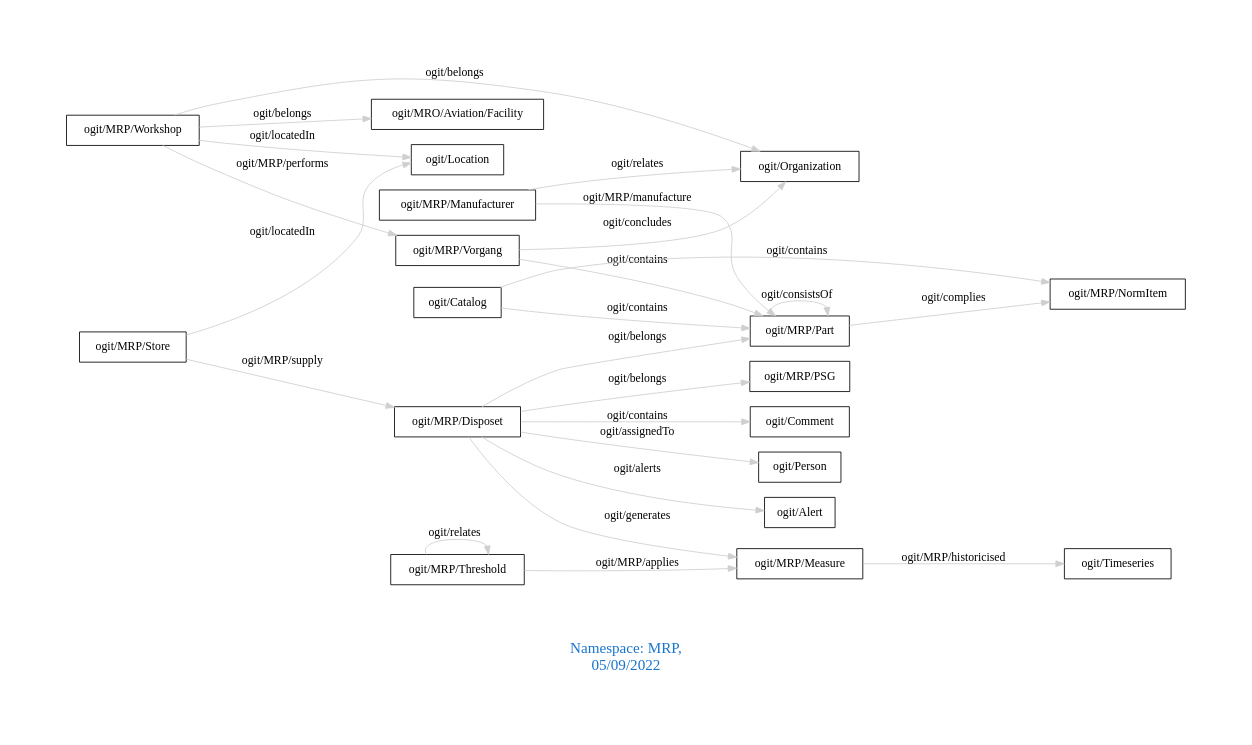
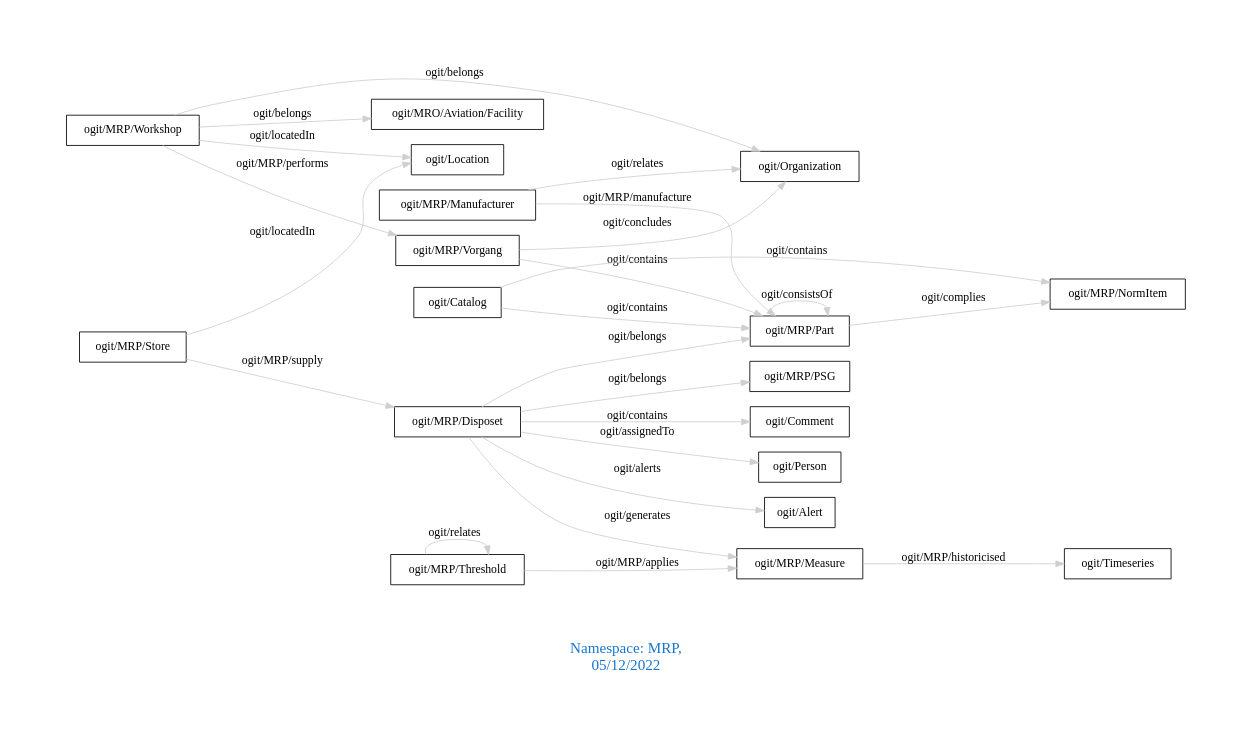
The diagram in downloads/MRP.dot (arago/OGIT), drawn with Graphviz before and after one commit. The commit also changed 1925 other files, not shown here.

```diff
--- a/downloads/MRP.dot
+++ b/downloads/MRP.dot
@@ -1,31 +1,31 @@
 digraph OGIT_ontology {
  graph [ rankdir= LR,pad=1 
 fontsize = 18,
-fontcolor= dodgerblue3,label = "\n\n\nNamespace: MRP, \n 05/09/2022"];
+fontcolor= dodgerblue3,label = "\n\n\nNamespace: MRP, \n 05/12/2022"];
 node[shape=polygon];
 edge [  color="gray81"];
 
    "ogit/MRP/Disposet" -> "ogit/Comment" [label="   ogit/contains    "];
    "ogit/MRP/Vorgang" -> "ogit/MRP/Part" [label="   ogit/contains    "];
    "ogit/Catalog" -> "ogit/MRP/NormItem" [label="   ogit/contains    "];
    "ogit/Catalog" -> "ogit/MRP/Part" [label="   ogit/contains    "];
    "ogit/MRP/Vorgang" -> "ogit/Organization" [label="   ogit/concludes    "];
    "ogit/MRP/Disposet" -> "ogit/Person" [label="   ogit/assignedTo    "];
    "ogit/MRP/Disposet" -> "ogit/MRP/Measure" [label="   ogit/generates    "];
    "ogit/MRP/Threshold" -> "ogit/MRP/Measure" [label="   ogit/MRP/applies    "];
    "ogit/MRP/Part" -> "ogit/MRP/NormItem" [label="   ogit/complies    "];
    "ogit/MRP/Workshop" -> "ogit/MRP/Vorgang" [label="   ogit/MRP/performs    "];
    "ogit/MRP/Disposet" -> "ogit/Alert" [label="   ogit/alerts    "];
    "ogit/MRP/Store" -> "ogit/Location" [label="   ogit/locatedIn    "];
    "ogit/MRP/Workshop" -> "ogit/Location" [label="   ogit/locatedIn    "];
    "ogit/MRP/Measure" -> "ogit/Timeseries" [label="   ogit/MRP/historicised    "];
    "ogit/MRP/Manufacturer" -> "ogit/MRP/Part" [label="   ogit/MRP/manufacture    "];
    "ogit/MRP/Store" -> "ogit/MRP/Disposet" [label="   ogit/MRP/supply    "];
    "ogit/MRP/Disposet" -> "ogit/MRP/Part" [label="   ogit/belongs    "];
    "ogit/MRP/Disposet" -> "ogit/MRP/PSG" [label="   ogit/belongs    "];
    "ogit/MRP/Workshop" -> "ogit/MRO/Aviation/Facility" [label="   ogit/belongs    "];
    "ogit/MRP/Workshop" -> "ogit/Organization" [label="   ogit/belongs    "];
    "ogit/MRP/Manufacturer" -> "ogit/Organization" [label="   ogit/relates    "];
    "ogit/MRP/Threshold" -> "ogit/MRP/Threshold" [label="   ogit/relates    "];
    "ogit/MRP/Part" -> "ogit/MRP/Part" [label="   ogit/consistsOf    "];
 }
```
